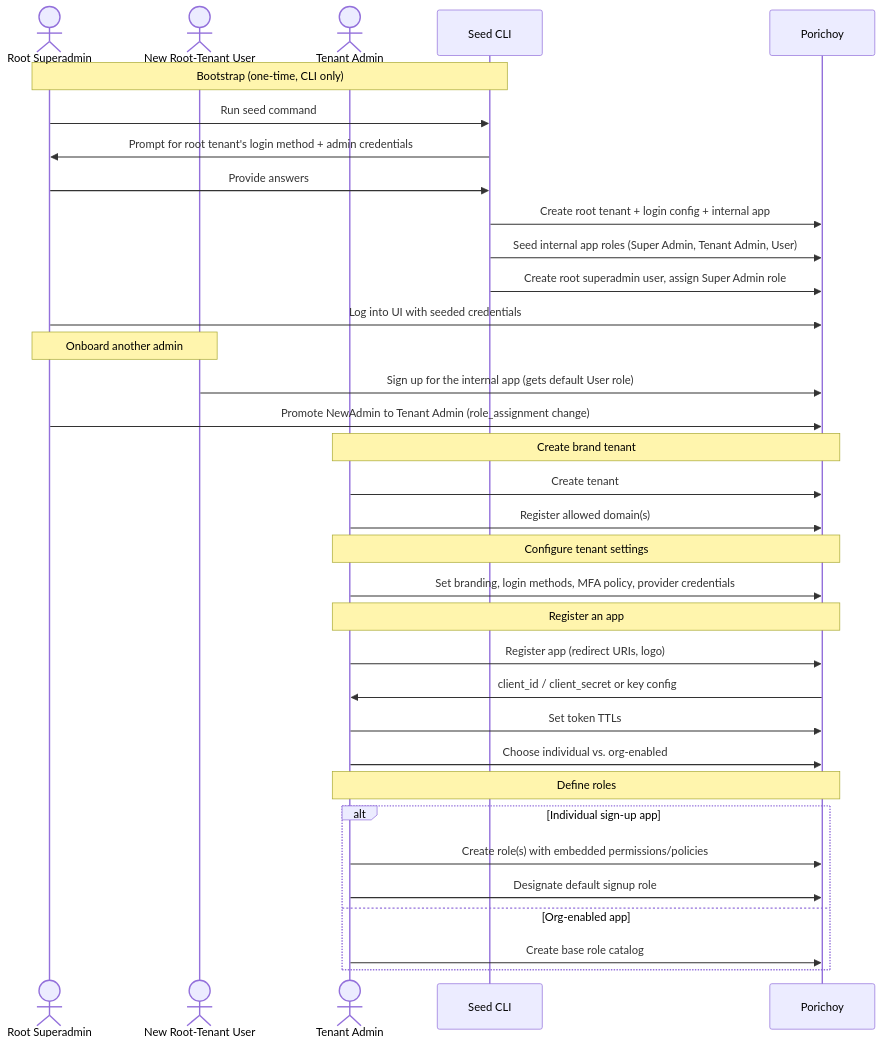
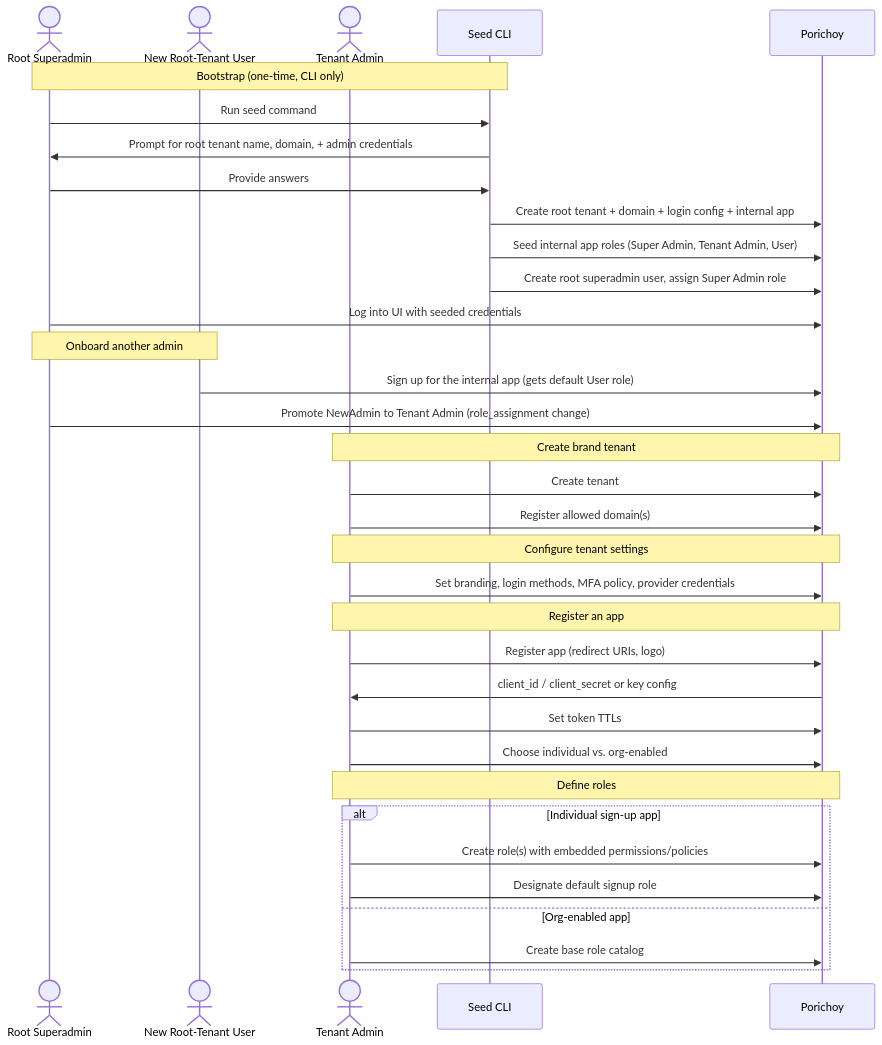
One commit to aritradevelops/porichoy changed the diagram in wiki/user-journeys/USER_JOURNEYS_ADMIN_TENANT_MANAGEMENT.md. Above: the diagram before and after it, drawn with Mermaid. The commit also changed other lines of this file and 3 other files, not shown here.

````diff
--- a/wiki/user-journeys/USER_JOURNEYS_ADMIN_TENANT_MANAGEMENT.md
+++ b/wiki/user-journeys/USER_JOURNEYS_ADMIN_TENANT_MANAGEMENT.md
@@ -119,43 +126,43 @@
 ```mermaid
 sequenceDiagram
     actor Root as Root Superadmin
     actor NewAdmin as New Root-Tenant User
     actor Admin as Tenant Admin
     participant CLI as Seed CLI
     participant AI as Porichoy
 
     note over Root,CLI: Bootstrap (one-time, CLI only)
     Root->>CLI: Run seed command
-    CLI->>Root: Prompt for root tenant's login method + admin credentials
+    CLI->>Root: Prompt for root tenant name, domain, + admin credentials
     Root->>CLI: Provide answers
-    CLI->>AI: Create root tenant + login config + internal app
+    CLI->>AI: Create root tenant + domain + login config + internal app
     CLI->>AI: Seed internal app roles (Super Admin, Tenant Admin, User)
     CLI->>AI: Create root superadmin user, assign Super Admin role
 
     Root->>AI: Log into UI with seeded credentials
 
     note over NewAdmin,Root: Onboard another admin
     NewAdmin->>AI: Sign up for the internal app (gets default User role)
     Root->>AI: Promote NewAdmin to Tenant Admin (role_assignment change)
 
     note over Admin,AI: Create brand tenant
     Admin->>AI: Create tenant
     Admin->>AI: Register allowed domain(s)
 
     note over Admin,AI: Configure tenant settings
     Admin->>AI: Set branding, login methods, MFA policy, provider credentials
 
     note over Admin,AI: Register an app
     Admin->>AI: Register app (redirect URIs, logo)
     AI->>Admin: client_id / client_secret or key config
     Admin->>AI: Set token TTLs
     Admin->>AI: Choose individual vs. org-enabled
 
     note over Admin,AI: Define roles
     alt Individual sign-up app
         Admin->>AI: Create role(s) with embedded permissions/policies
         Admin->>AI: Designate default signup role
     else Org-enabled app
         Admin->>AI: Create base role catalog
     end
 ```
````
